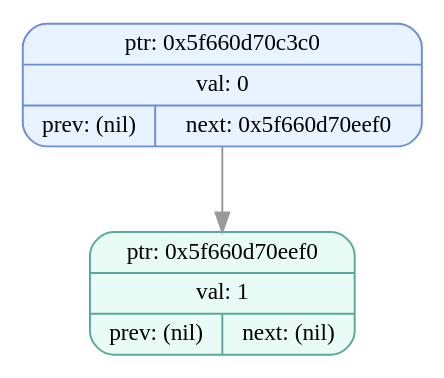
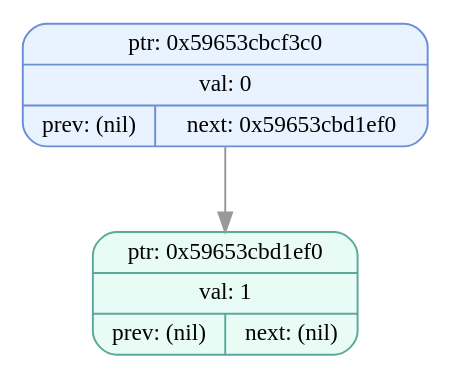
Before and after one commit to EvilTomato9890/Difference: the diagram in dumps/tree_dump_008.dot, drawn with Graphviz. The commit also changed 39 other files, not shown here.

```diff
--- a/dumps/tree_dump_008.dot
+++ b/dumps/tree_dump_008.dot
@@ -1,7 +1,7 @@
 digraph T{
   node [fontname="Fira Mono",shape=record,style="filled,rounded",fontsize=12];
   graph [splines=true, nodesep=0.6, ranksep=0.6];
-  node_0x5f660d70c3c0[shape=record,label="{ {ptr: 0x5f660d70c3c0} | {val: 0} | { prev: (nil) | next: 0x5f660d70eef0 } }",color="#6b8fd6",fillcolor="#e9f2ff"];
-  node_0x5f660d70eef0[shape=record,label="{ {ptr: 0x5f660d70eef0} | {val: 1} | { prev: (nil) | next: (nil) } }",color="#5aa99b",fillcolor="#e9fbf5"];
-  node_0x5f660d70c3c0 -> node_0x5f660d70eef0 [color="#999999"];
+  node_0x59653cbcf3c0[shape=record,label="{ {ptr: 0x59653cbcf3c0} | {val: 0} | { prev: (nil) | next: 0x59653cbd1ef0 } }",color="#6b8fd6",fillcolor="#e9f2ff"];
+  node_0x59653cbd1ef0[shape=record,label="{ {ptr: 0x59653cbd1ef0} | {val: 1} | { prev: (nil) | next: (nil) } }",color="#5aa99b",fillcolor="#e9fbf5"];
+  node_0x59653cbcf3c0 -> node_0x59653cbd1ef0 [color="#999999"];
 }
```
